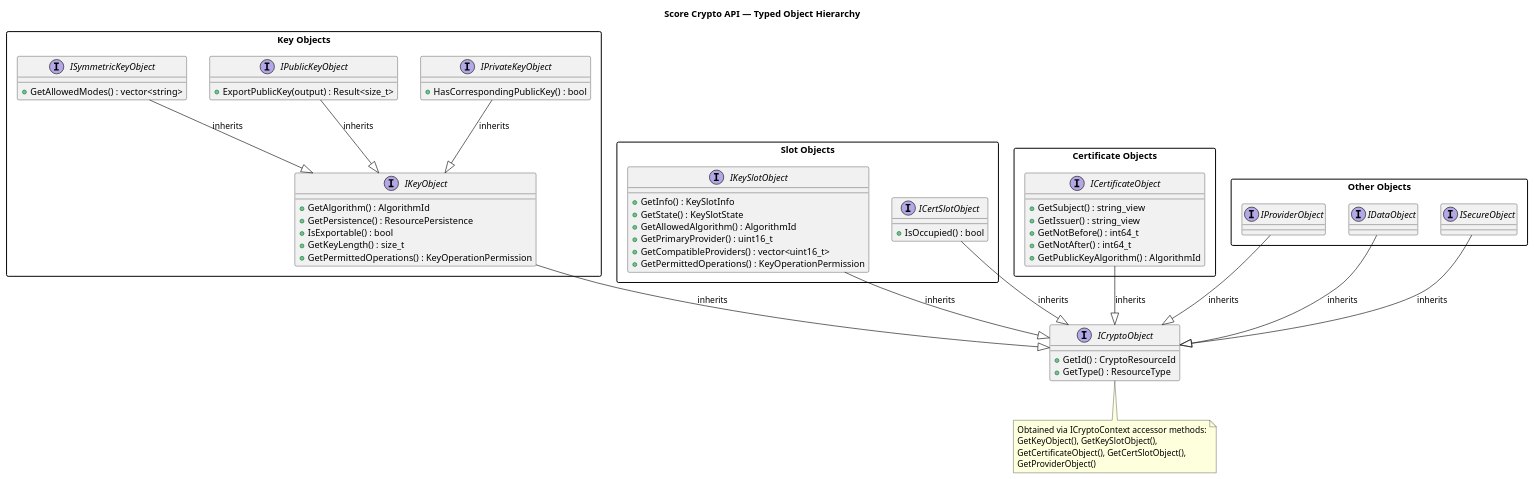
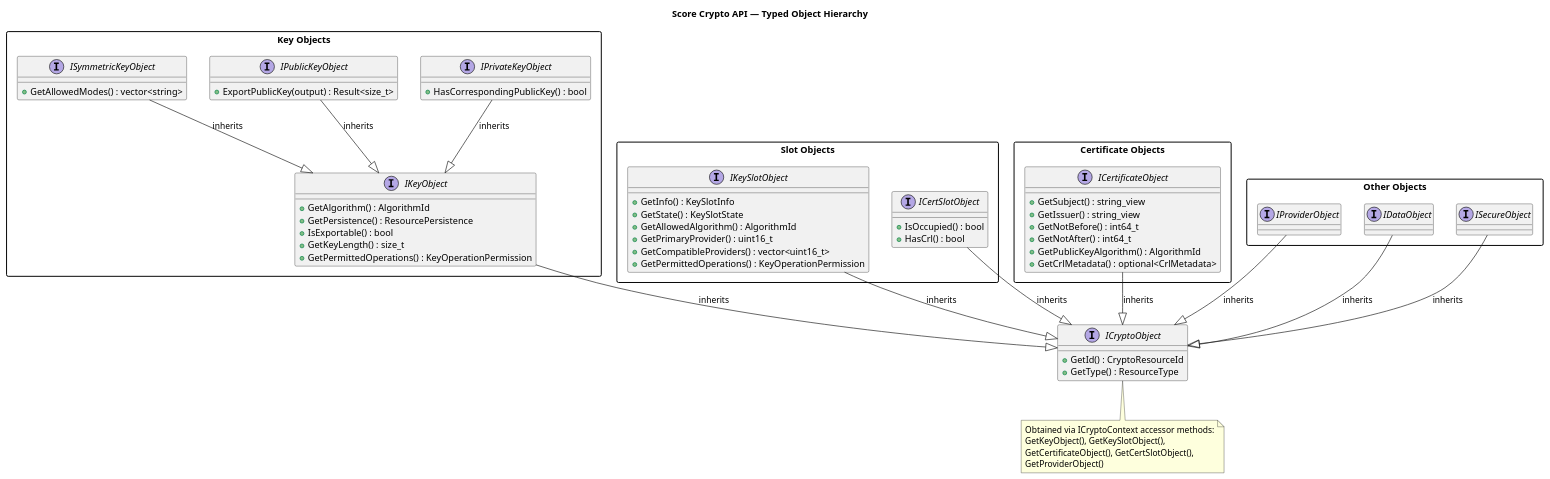
One commit to eclipse-score/inc_security_crypto changed the diagram in score/crypto/docs/architecture/api_typed_objects.puml. Above: the diagram before and after it, drawn with PlantUML. The commit also changed 4 other files, not shown here.

```diff
--- a/score/crypto/docs/architecture/api_typed_objects.puml
+++ b/score/crypto/docs/architecture/api_typed_objects.puml
@@ -14,104 +14,106 @@
 @startuml score_crypto_api_typed_objects
 
 title Score Crypto API — Typed Object Hierarchy
 
 skinparam packageStyle rectangle
 
 ' ============================================================
 ' Root
 ' ============================================================
 interface ICryptoObject {
     + GetId() : CryptoResourceId
     + GetType() : ResourceType
 }
 
 ' ============================================================
 ' Key Objects
 ' ============================================================
 package "Key Objects" {
     interface IKeyObject {
         + GetAlgorithm() : AlgorithmId
         + GetPersistence() : ResourcePersistence
         + IsExportable() : bool
         + GetKeyLength() : size_t
         + GetPermittedOperations() : KeyOperationPermission
     }
 
     interface IPrivateKeyObject {
         + HasCorrespondingPublicKey() : bool
     }
 
     interface IPublicKeyObject {
         + ExportPublicKey(output) : Result<size_t>
     }
 
     interface ISymmetricKeyObject {
         + GetAllowedModes() : vector<string>
     }
 
     IKeyObject --|> ICryptoObject : inherits
     IPrivateKeyObject --|> IKeyObject : inherits
     IPublicKeyObject --|> IKeyObject : inherits
     ISymmetricKeyObject --|> IKeyObject : inherits
 }
 
 ' ============================================================
 ' Key Slot Object
 ' ============================================================
 package "Slot Objects" {
     interface IKeySlotObject {
         + GetInfo() : KeySlotInfo
         + GetState() : KeySlotState
         + GetAllowedAlgorithm() : AlgorithmId
         + GetPrimaryProvider() : uint16_t
         + GetCompatibleProviders() : vector<uint16_t>
         + GetPermittedOperations() : KeyOperationPermission
     }
 
     interface ICertSlotObject {
         + IsOccupied() : bool
+        + HasCrl() : bool
     }
 
     IKeySlotObject --|> ICryptoObject : inherits
     ICertSlotObject --|> ICryptoObject : inherits
 }
 
 ' ============================================================
 ' Certificate Objects
 ' ============================================================
 package "Certificate Objects" {
     interface ICertificateObject {
         + GetSubject() : string_view
         + GetIssuer() : string_view
         + GetNotBefore() : int64_t
         + GetNotAfter() : int64_t
         + GetPublicKeyAlgorithm() : AlgorithmId
+        + GetCrlMetadata() : optional<CrlMetadata>
     }
 
     ICertificateObject --|> ICryptoObject : inherits
 }
 
 ' ============================================================
 ' Other Objects
 ' ============================================================
 package "Other Objects" {
     interface IProviderObject
     interface IDataObject
     interface ISecureObject
 
     IProviderObject --|> ICryptoObject : inherits
     IDataObject --|> ICryptoObject : inherits
     ISecureObject --|> ICryptoObject : inherits
 }
 
 ' ============================================================
 ' Access note
 ' ============================================================
 note bottom of ICryptoObject
   Obtained via ICryptoContext accessor methods:
   GetKeyObject(), GetKeySlotObject(),
   GetCertificateObject(), GetCertSlotObject(),
   GetProviderObject()
 end note
 
 @enduml
```
